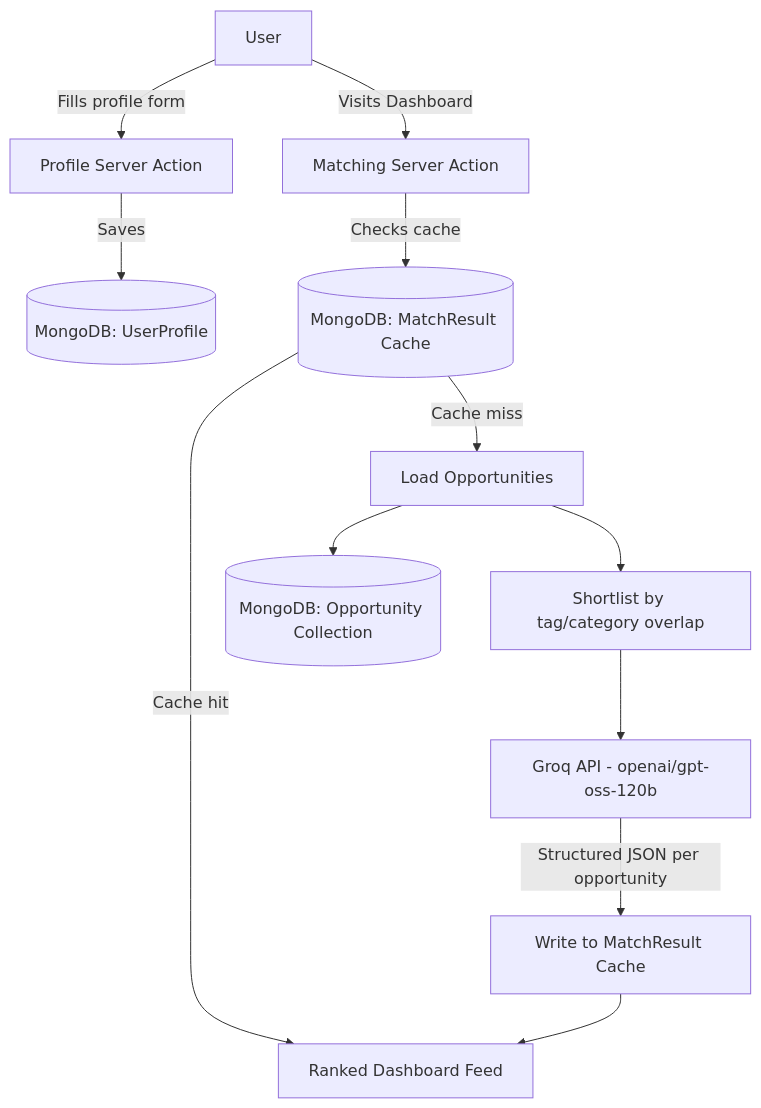
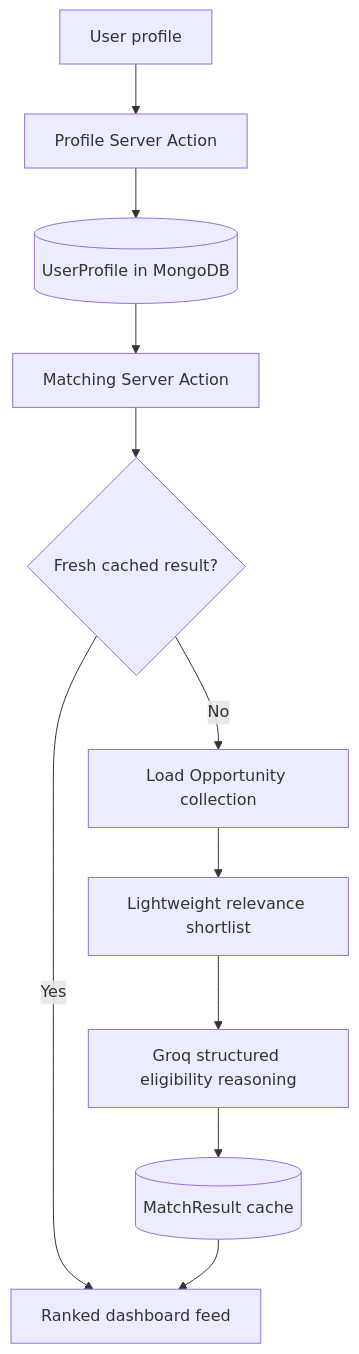
Before and after one commit to SwayamDash07/OppFinder: the second of 2 diagrams in README.md, drawn with Mermaid. The commit also changed other lines of this file and 16 other files, not shown here.

````diff
--- a/README.md
+++ b/README.md
@@ -51,14 +107,13 @@
 ```mermaid
 flowchart TD
-    A[User] -->|Fills profile form| B[Profile Server Action]
-    B -->|Saves| C[(MongoDB: UserProfile)]
-    A -->|Visits Dashboard| D[Matching Server Action]
-    D -->|Checks cache| E[(MongoDB: MatchResult Cache)]
-    E -->|Cache hit| F[Ranked Dashboard Feed]
-    E -->|Cache miss| G[Load Opportunities]
-    G --> H[(MongoDB: Opportunity Collection)]
-    G --> I[Shortlist by tag/category overlap]
-    I --> J[Groq API - openai/gpt-oss-120b]
-    J -->|Structured JSON per opportunity| K[Write to MatchResult Cache]
-    K --> F
+    A[User profile] --> B[Profile Server Action]
+    B --> C[(UserProfile in MongoDB)]
+    C --> D[Matching Server Action]
+    D --> E{Fresh cached result?}
+    E -->|Yes| F[Ranked dashboard feed]
+    E -->|No| G[Load Opportunity collection]
+    G --> H[Lightweight relevance shortlist]
+    H --> I[Groq structured eligibility reasoning]
+    I --> J[(MatchResult cache)]
+    J --> F
 ```
````
